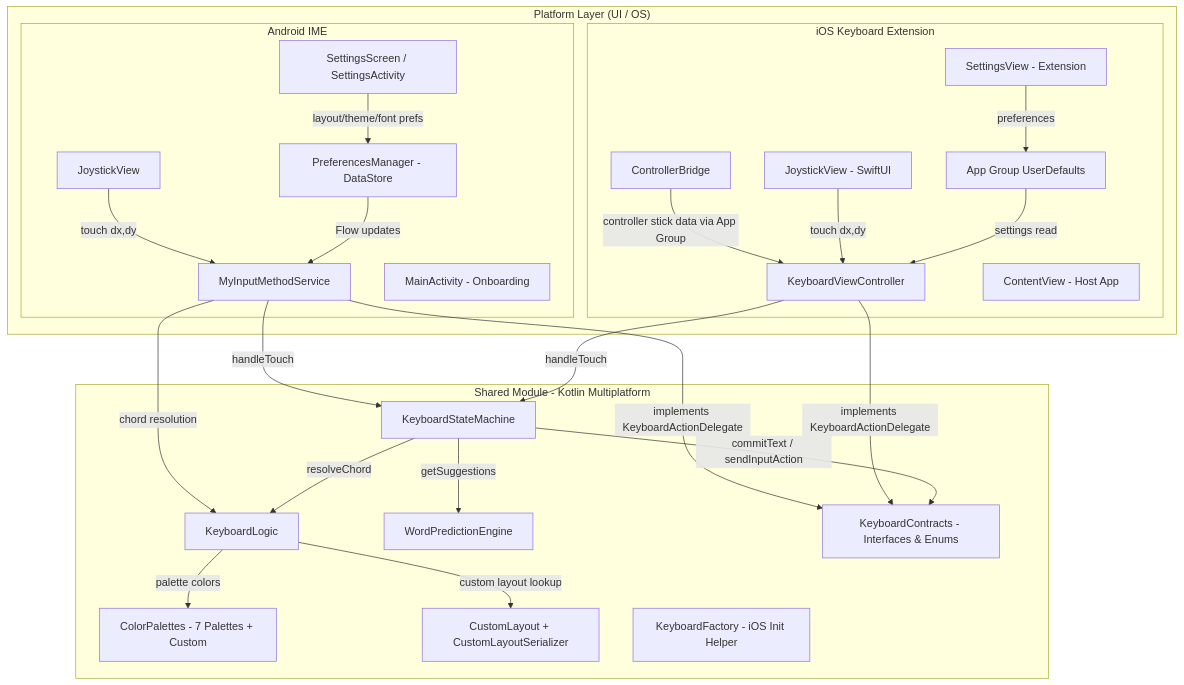
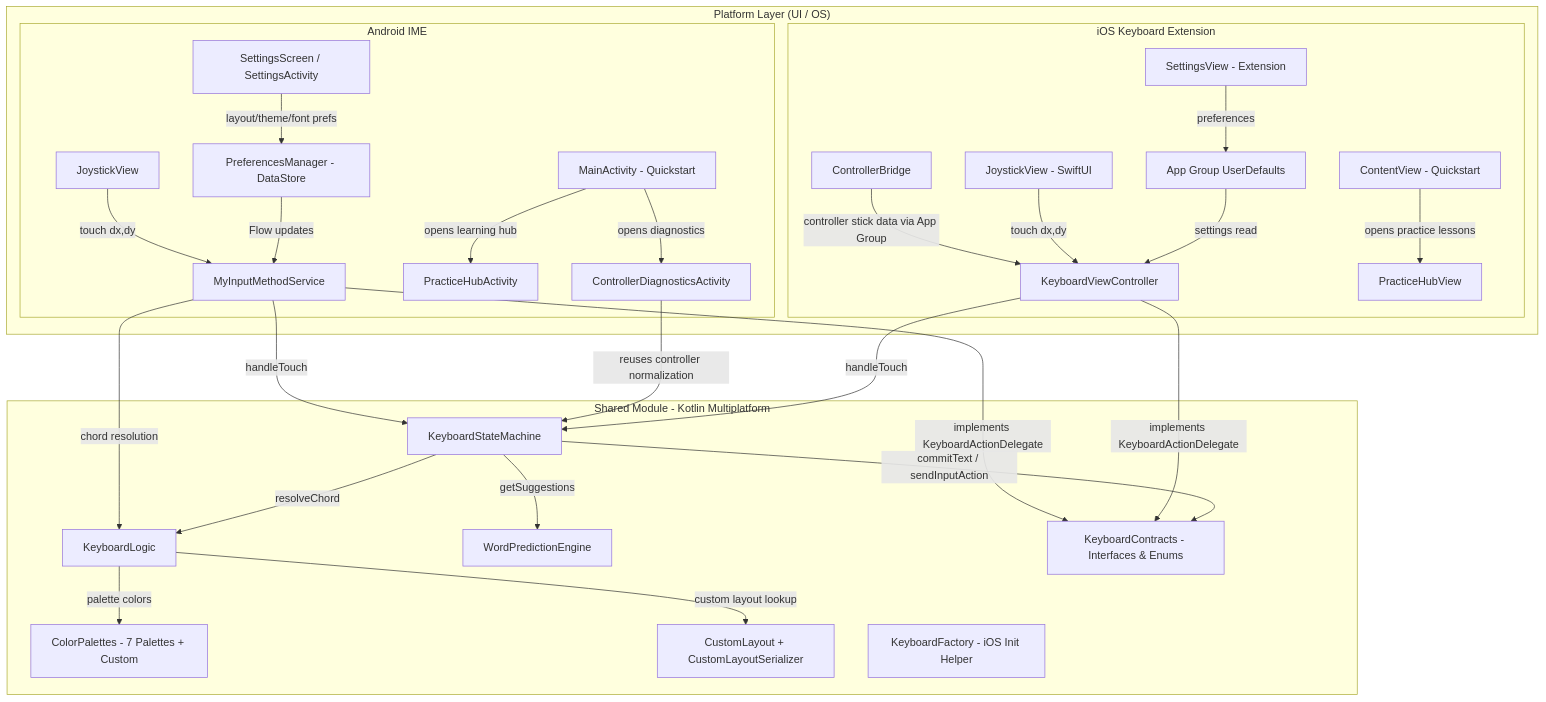
One commit to vatsalunadkat/ERICKeyboard changed the first of 8 diagrams in APP_CONTEXT.md. Above: the diagram before and after it, drawn with Mermaid. The commit also changed other lines of this file and 48 other files, not shown here.

First line of the commit message:
[ERICK-146][ERICK-147][ERICK-148] Implement controller diagnostics and learning flows (#64)

````diff
--- a/APP_CONTEXT.md
+++ b/APP_CONTEXT.md
@@ -71,50 +73,57 @@
 ```mermaid
 graph TB
     subgraph Platform["Platform Layer (UI / OS)"]
         subgraph Android["Android IME"]
             A1[MyInputMethodService]
             A2[JoystickView]
             A3[SettingsScreen / SettingsActivity]
-            A4[MainActivity - Onboarding]
+            A4[MainActivity - Quickstart]
             A5[PreferencesManager - DataStore]
+            A6[PracticeHubActivity]
+            A7[ControllerDiagnosticsActivity]
         end
         subgraph iOS["iOS Keyboard Extension"]
             I1[KeyboardViewController]
             I2[JoystickView - SwiftUI]
             I3[SettingsView - Extension]
-            I4[ContentView - Host App]
+            I4[ContentView - Quickstart]
             I5[App Group UserDefaults]
             I6[ControllerBridge]
+            I7[PracticeHubView]
         end
     end
 
     subgraph Shared["Shared Module - Kotlin Multiplatform"]
         S1[KeyboardStateMachine]
         S2[KeyboardLogic]
         S3[WordPredictionEngine]
         S4[KeyboardContracts - Interfaces & Enums]
         S5[ColorPalettes - 7 Palettes + Custom]
         S6[CustomLayout + CustomLayoutSerializer]
         S7[KeyboardFactory - iOS Init Helper]
     end
 
     A1 -->|implements KeyboardActionDelegate| S4
     A1 -->|handleTouch| S1
     A1 -->|chord resolution| S2
     A2 -->|touch dx,dy| A1
     A3 -->|layout/theme/font prefs| A5
     A5 -->|Flow updates| A1
+    A4 -->|opens learning hub| A6
+    A4 -->|opens diagnostics| A7
+    A7 -->|reuses controller normalization| S1
 
     I1 -->|implements KeyboardActionDelegate| S4
     I1 -->|handleTouch| S1
     I6 -->|controller stick data via App Group| I1
     I2 -->|touch dx,dy| I1
     I3 -->|preferences| I5
     I5 -->|settings read| I1
+    I4 -->|opens practice lessons| I7
 
     S1 -->|resolveChord| S2
     S1 -->|getSuggestions| S3
     S1 -->|commitText / sendInputAction| S4
     S2 -->|custom layout lookup| S6
     S2 -->|palette colors| S5
 ```
````
